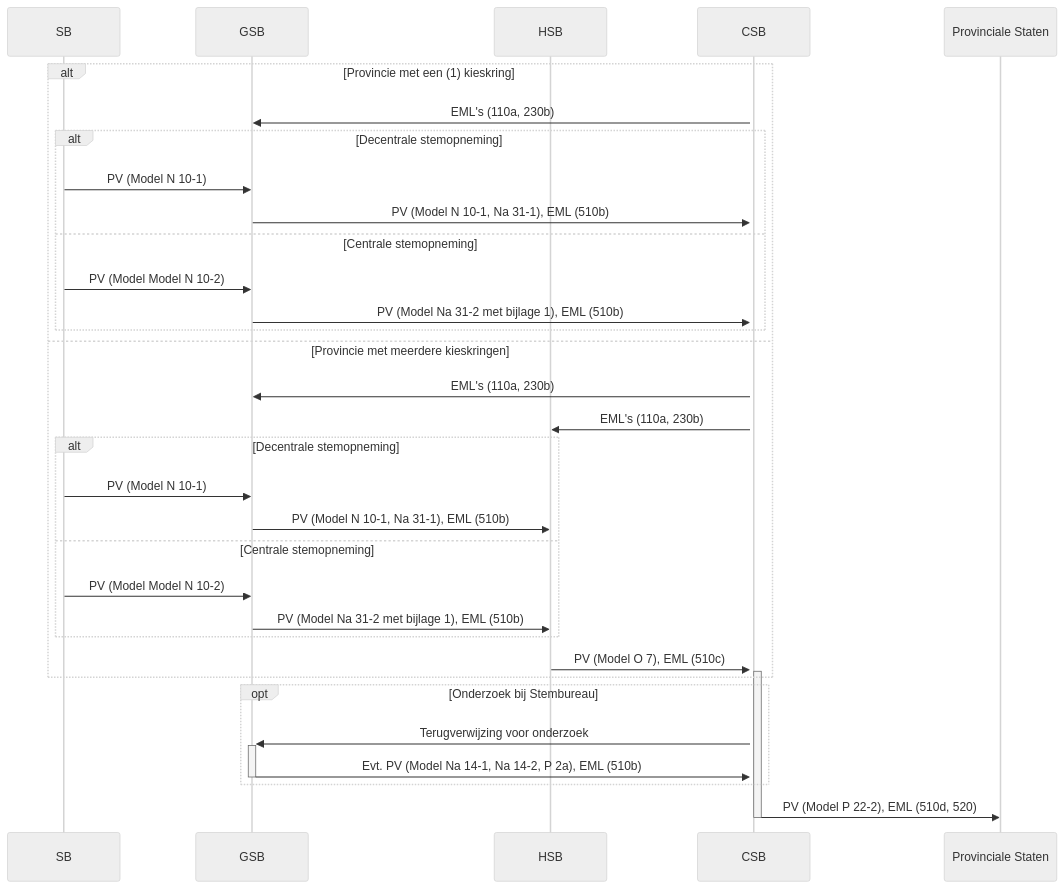
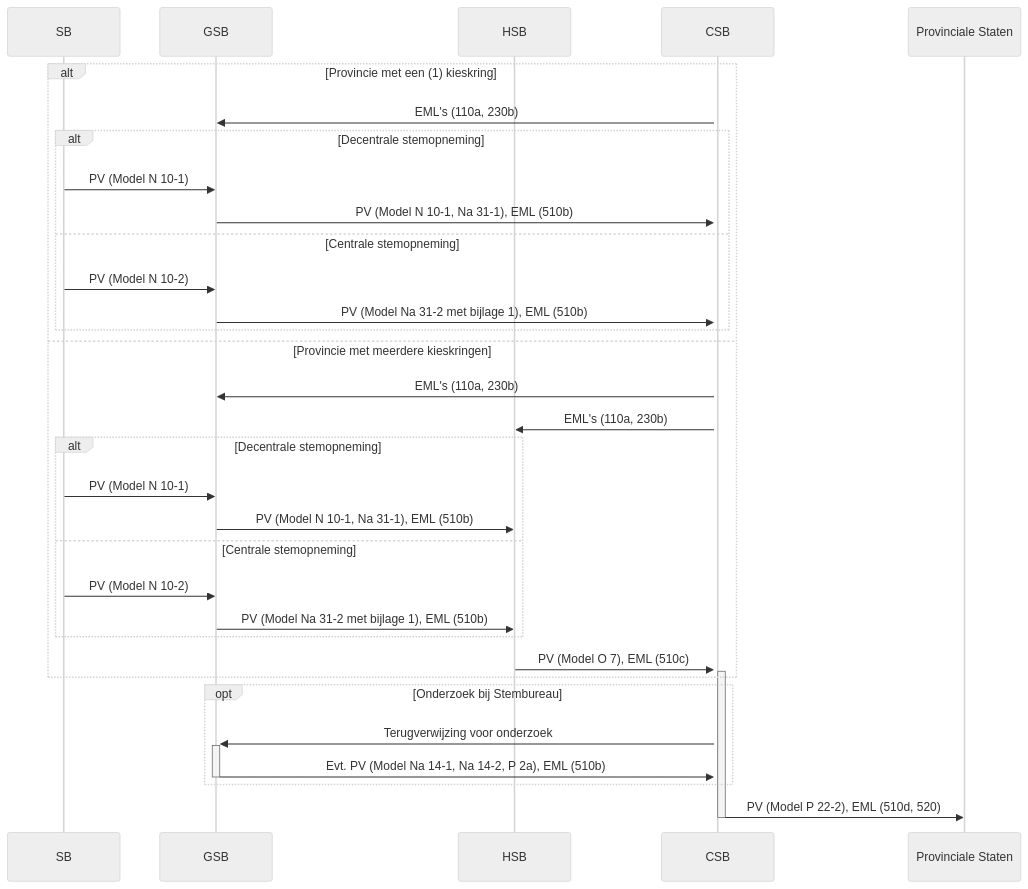
Before and after one commit to kiesraad/abacus-documentatie: the fourth of 5 diagrams in verkiezingsproces/verloop-verkiezingen.md, drawn with Mermaid (neutral theme). The commit also changed other lines of this file and 8 other files, not shown here.

````diff
--- a/verkiezingsproces/verloop-verkiezingen.md
+++ b/verkiezingsproces/verloop-verkiezingen.md
@@ -198,34 +198,34 @@
 ```mermaid
 sequenceDiagram
     participant SB
     participant GSB
     participant HSB
     participant CSB
     activate CSB
     alt Provincie met een (1) kieskring
     CSB->>GSB: EML's (110a, 230b)
     alt Decentrale stemopneming
       SB->>GSB: PV (Model N 10-1)
       GSB->>CSB: PV (Model N 10-1, Na 31-1), EML (510b)
     else Centrale stemopneming
-      SB->>GSB: PV (Model Model N 10-2)
+      SB->>GSB: PV (Model N 10-2)
       GSB->>CSB: PV (Model Na 31-2 met bijlage 1), EML (510b)
     end
     else Provincie met meerdere kieskringen
     CSB->>GSB: EML's (110a, 230b)
     CSB->>HSB: EML's (110a, 230b)
     alt Decentrale stemopneming
     SB->>GSB: PV (Model N 10-1)
     GSB->>HSB: PV (Model N 10-1, Na 31-1), EML (510b)
     else Centrale stemopneming
-      SB->>GSB: PV (Model Model N 10-2)
+      SB->>GSB: PV (Model N 10-2)
       GSB->>HSB: PV (Model Na 31-2 met bijlage 1), EML (510b)
     end
     HSB->>+CSB: PV (Model O 7), EML (510c)
     end
     opt Onderzoek bij Stembureau
       CSB->>+GSB: Terugverwijzing voor onderzoek
       GSB->>-CSB: Evt. PV (Model Na 14-1, Na 14-2, P 2a), EML (510b)
     end
     CSB->>-Provinciale Staten: PV (Model P 22-2), EML (510d, 520)
 ```
````
